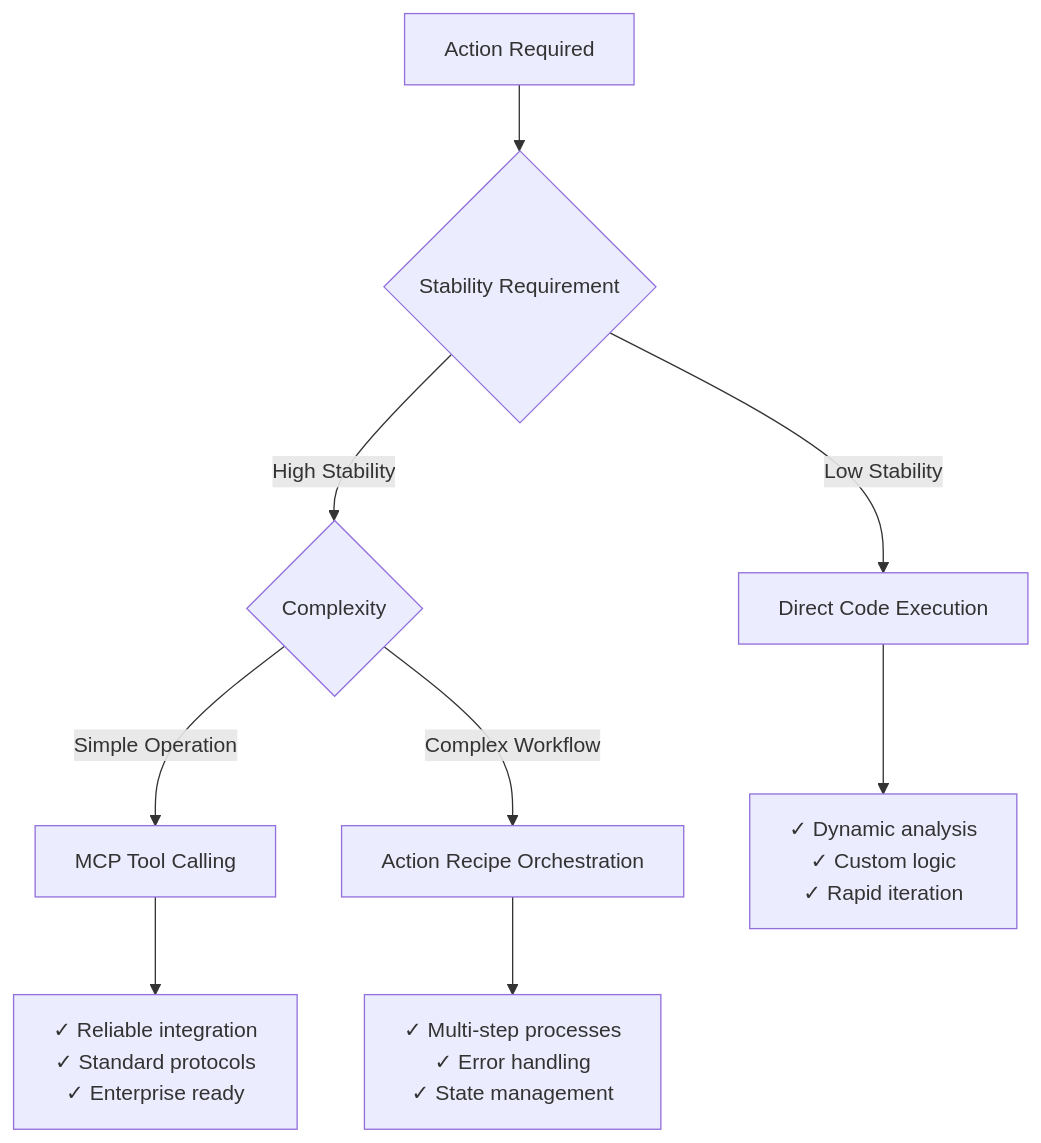
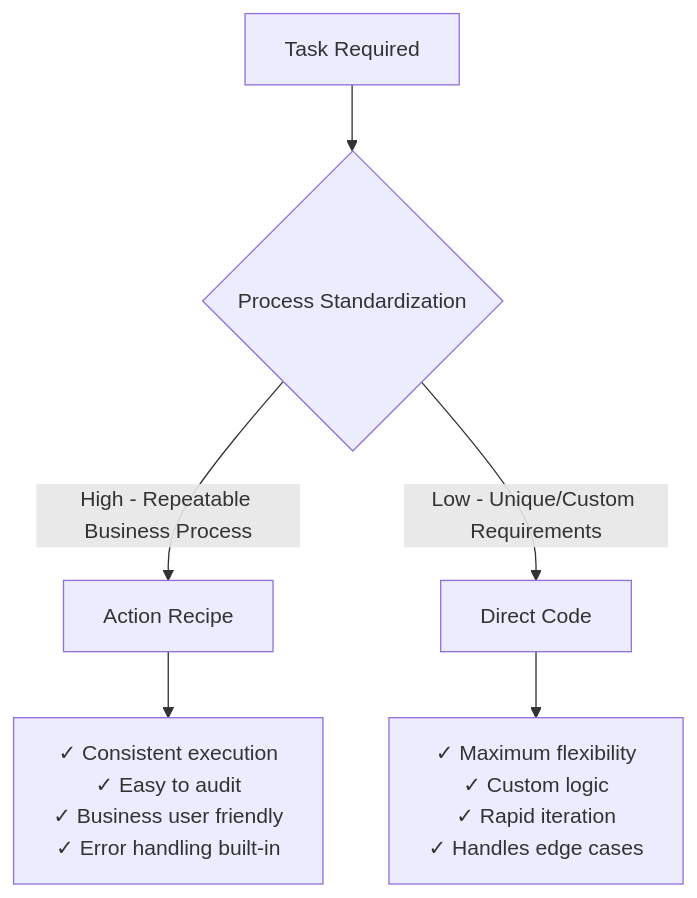
Before and after one commit to ZhouYimao/mintlify-docs: the diagram in how-to/actions/create-action.mdx, drawn with Mermaid. The commit also changed other lines of this file and 2 other files, not shown here.

First line of the commit message:
fix: correct action design philosophy - natural language recipes vs direct code

````diff
--- a/how-to/actions/create-action.mdx
+++ b/how-to/actions/create-action.mdx
@@ -173,12 +138,9 @@
 ```mermaid
 graph TD
-    A[Action Required] --> B{Stability Requirement}
-    B -->|High Stability| C{Complexity}
-    B -->|Low Stability| D[Direct Code Execution]
-    C -->|Simple Operation| E[MCP Tool Calling]
-    C -->|Complex Workflow| F[Action Recipe Orchestration]
+    A[Task Required] --> B{Process Standardization}
+    B -->|High - Repeatable Business Process| C[Action Recipe]
+    B -->|Low - Unique/Custom Requirements| D[Direct Code]
     
-    D --> D1["✓ Dynamic analysis<br/>✓ Custom logic<br/>✓ Rapid iteration"]
-    E --> E1["✓ Reliable integration<br/>✓ Standard protocols<br/>✓ Enterprise ready"]
-    F --> F1["✓ Multi-step processes<br/>✓ Error handling<br/>✓ State management"]
+    C --> C1["✓ Consistent execution<br/>✓ Easy to audit<br/>✓ Business user friendly<br/>✓ Error handling built-in"]
+    D --> D1["✓ Maximum flexibility<br/>✓ Custom logic<br/>✓ Rapid iteration<br/>✓ Handles edge cases"]
 ```
````
